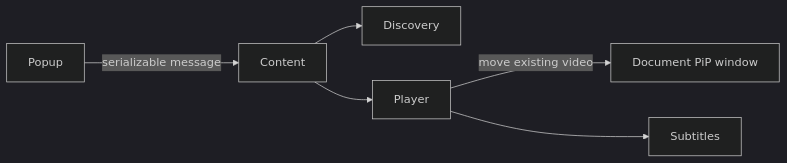
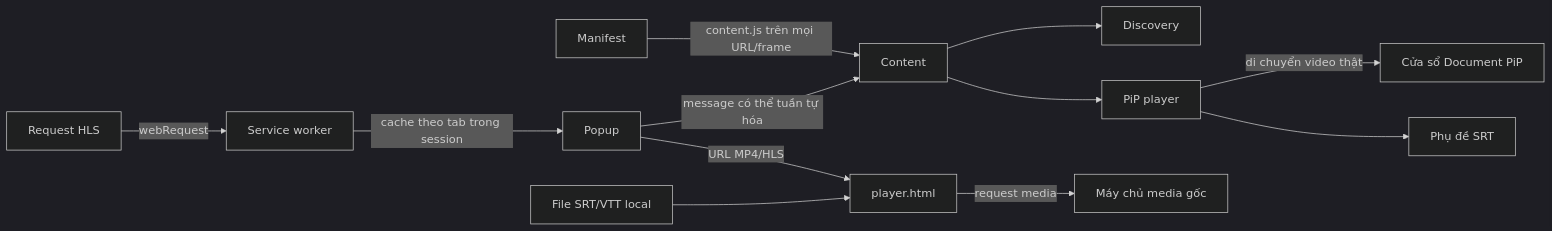
One commit to duthanhduoc/AI-Subtitle changed the diagram in Extension/docs/ARCHITECTURE.md. Above: the diagram before and after it, drawn with Mermaid (dark theme). The commit also changed other lines of this file and 35 other files, not shown here.

````diff
--- a/Extension/docs/ARCHITECTURE.md
+++ b/Extension/docs/ARCHITECTURE.md
@@ -3,8 +3,14 @@
 ```mermaid
 flowchart LR
-  Popup -->|serializable message| Content
+  Manifest -->|content.js trên mọi URL/frame| Content
+  Popup -->|message có thể tuần tự hóa| Content
+  Requests[Request HLS] -->|webRequest| Worker[Service worker]
+  Worker -->|cache theo tab trong session| Popup
   Content --> Discovery
-  Content --> Player
-  Player -->|move existing video| PiP[Document PiP window]
-  Player --> Subtitles
+  Content --> PipPlayer[PiP player]
+  PipPlayer -->|di chuyển video thật| PiP[Cửa sổ Document PiP]
+  PipPlayer --> Subtitles[Phụ đề SRT]
+  Popup -->|URL MP4/HLS| ExtensionPlayer[player.html]
+  LocalFiles[File SRT/VTT local] --> ExtensionPlayer
+  ExtensionPlayer -->|request media| MediaServer[Máy chủ media gốc]
 ```
````
